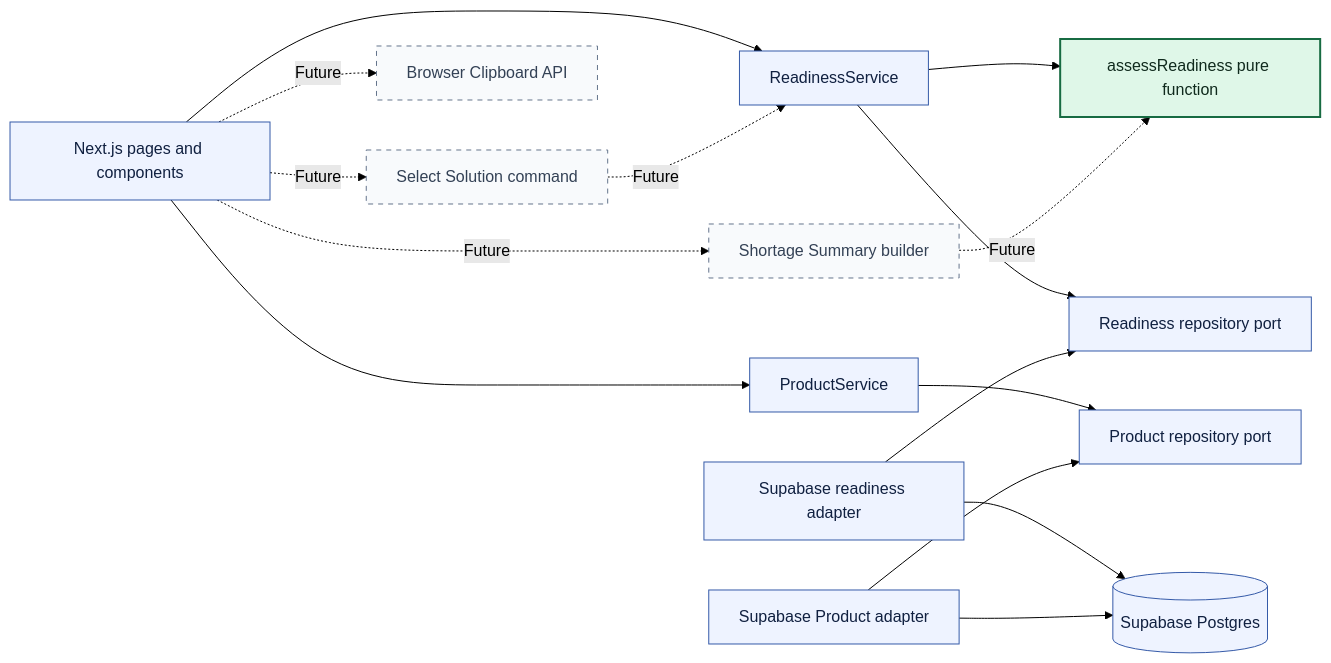
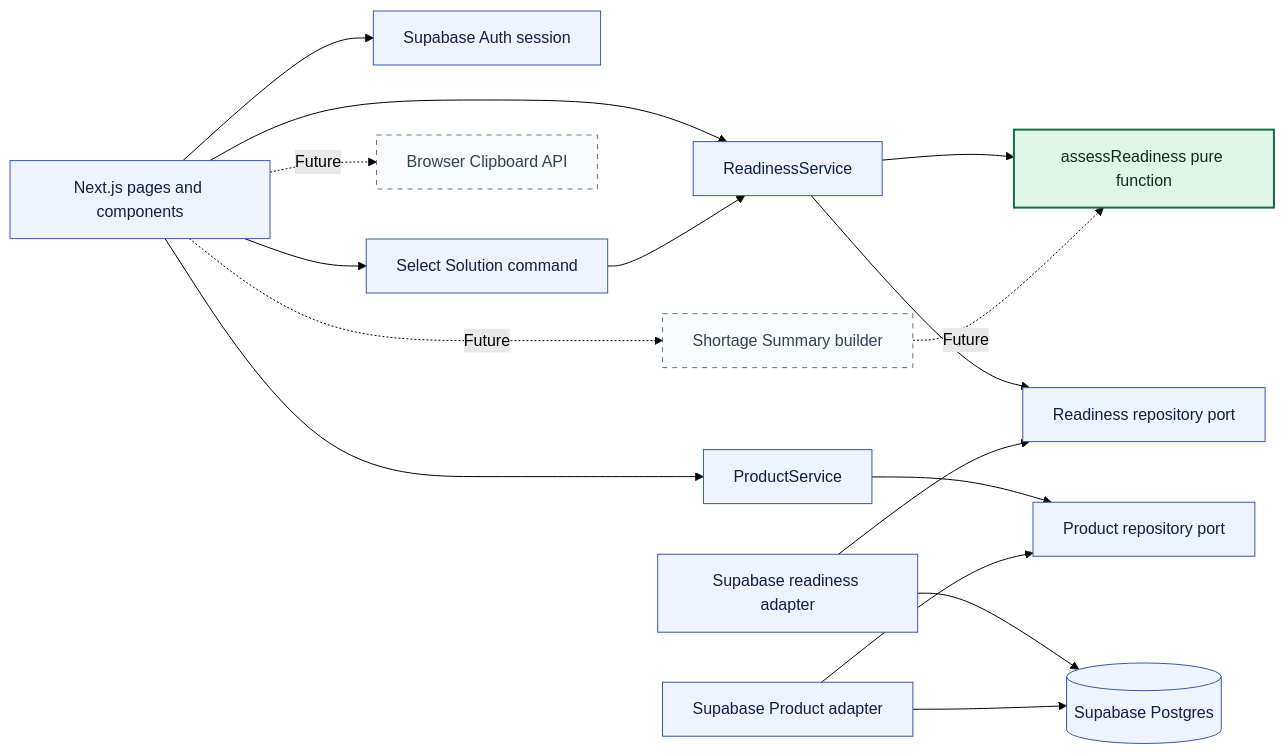
The first of 7 diagrams in docs/architecture/overview.md (jiqiang90/qantum-stock), drawn with Mermaid (forest theme) before and after one commit. The commit also changed other lines of this file and 71 other files, not shown here.

````diff
--- a/docs/architecture/overview.md
+++ b/docs/architecture/overview.md
@@ -16,24 +16,25 @@
 ```mermaid
 flowchart LR
     UI[Next.js pages and components] --> RService[ReadinessService]
     RService --> Rules[assessReadiness pure function]
     RService --> RPort[Readiness repository port]
     RAdapter[Supabase readiness adapter] --> RPort
     RAdapter --> DB[(Supabase Postgres)]
-    UI -. Future .-> Select[Select Solution command]
-    Select -. Future .-> RService
+    UI --> Auth[Supabase Auth session]
+    UI --> Select[Select Solution command]
+    Select --> RService
     UI --> PService[ProductService]
     PService --> PPort[Product repository port]
     PAdapter[Supabase Product adapter] --> PPort
     PAdapter --> DB
     UI -. Future .-> Summary[Shortage Summary builder]
     Summary -. Future .-> Rules
     UI -. Future .-> Clipboard[Browser Clipboard API]
 
     classDef core fill:#dff7e8,stroke:#176b42,stroke-width:2px,color:#102a1d;
     classDef boundary fill:#eef3ff,stroke:#355aa8,color:#102040;
     classDef future fill:#f8fafc,stroke:#64748b,stroke-dasharray:5 5,color:#334155;
     class Rules core;
-    class UI,RService,RPort,RAdapter,PService,PPort,PAdapter,DB boundary;
-    class Select,Summary,Clipboard future;
+    class UI,RService,RPort,RAdapter,PService,PPort,PAdapter,DB,Auth,Select boundary;
+    class Summary,Clipboard future;
 ```
````
